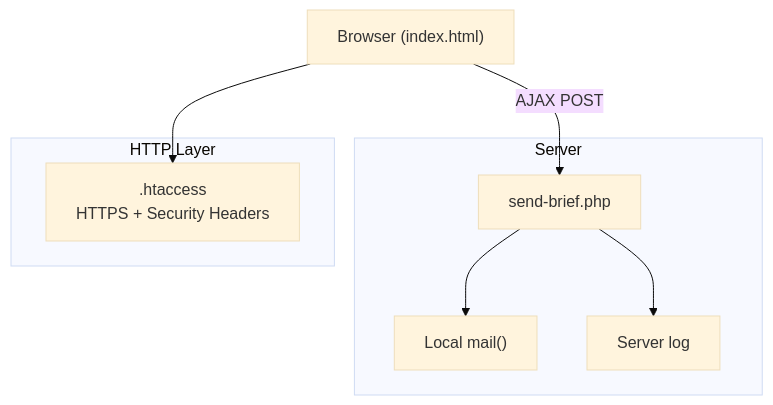
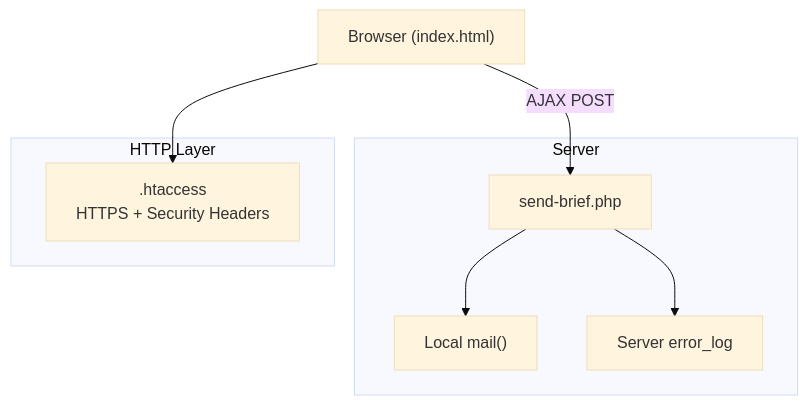
Before and after one commit to Vostrikov2014/emoo: the first of 3 diagrams in .qoder/repowiki/en/content/Backend Processing.md, drawn with Mermaid (base theme). The commit also changed other lines of this file and 14 other files, not shown here.

````diff
--- a/.qoder/repowiki/en/content/Backend Processing.md
+++ b/.qoder/repowiki/en/content/Backend Processing.md
@@ -29,15 +37,15 @@
 ```mermaid
 graph TB
 Client["Browser (index.html)"] --> |AJAX POST| Endpoint["send-brief.php"]
 Endpoint --> Mail["Local mail()"]
-Endpoint --> Log["Server log"]
+Endpoint --> Log["Server error_log"]
 subgraph "Server"
 Endpoint
 Mail
 Log
 end
 subgraph "HTTP Layer"
 HTACCESS[".htaccess<br/>HTTPS + Security Headers"]
 end
 Client --> HTACCESS
 ```
````
